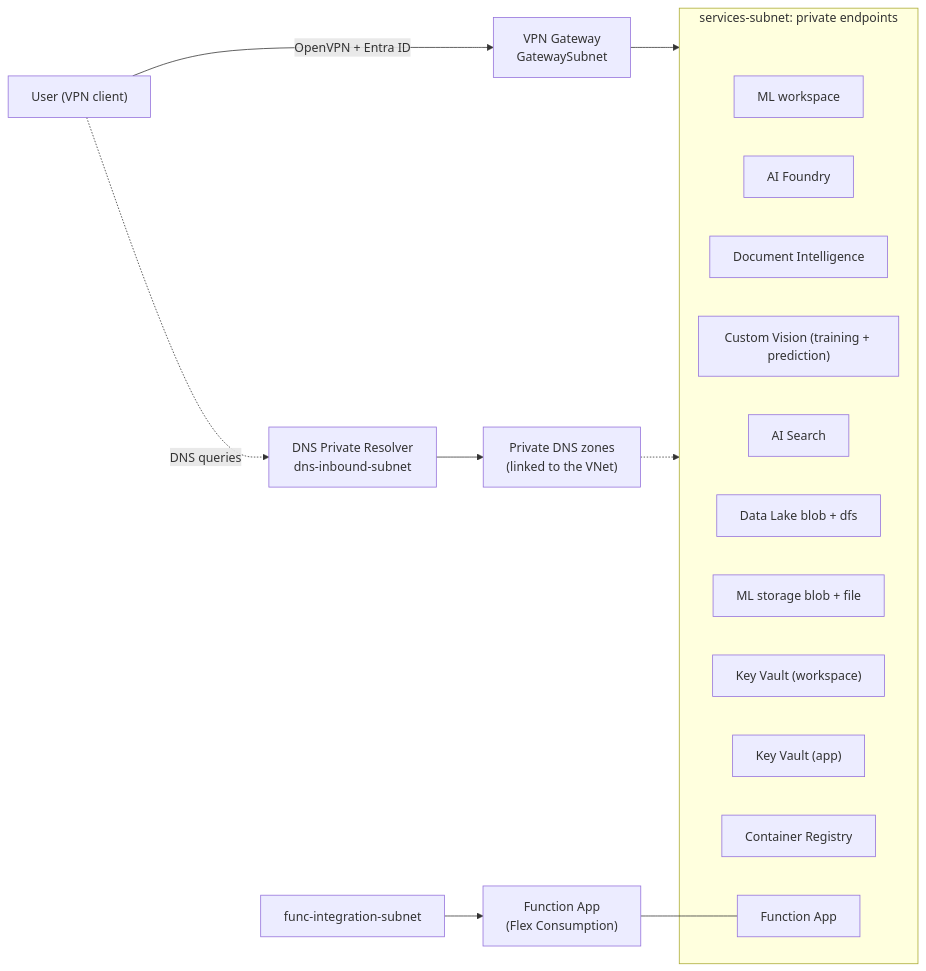
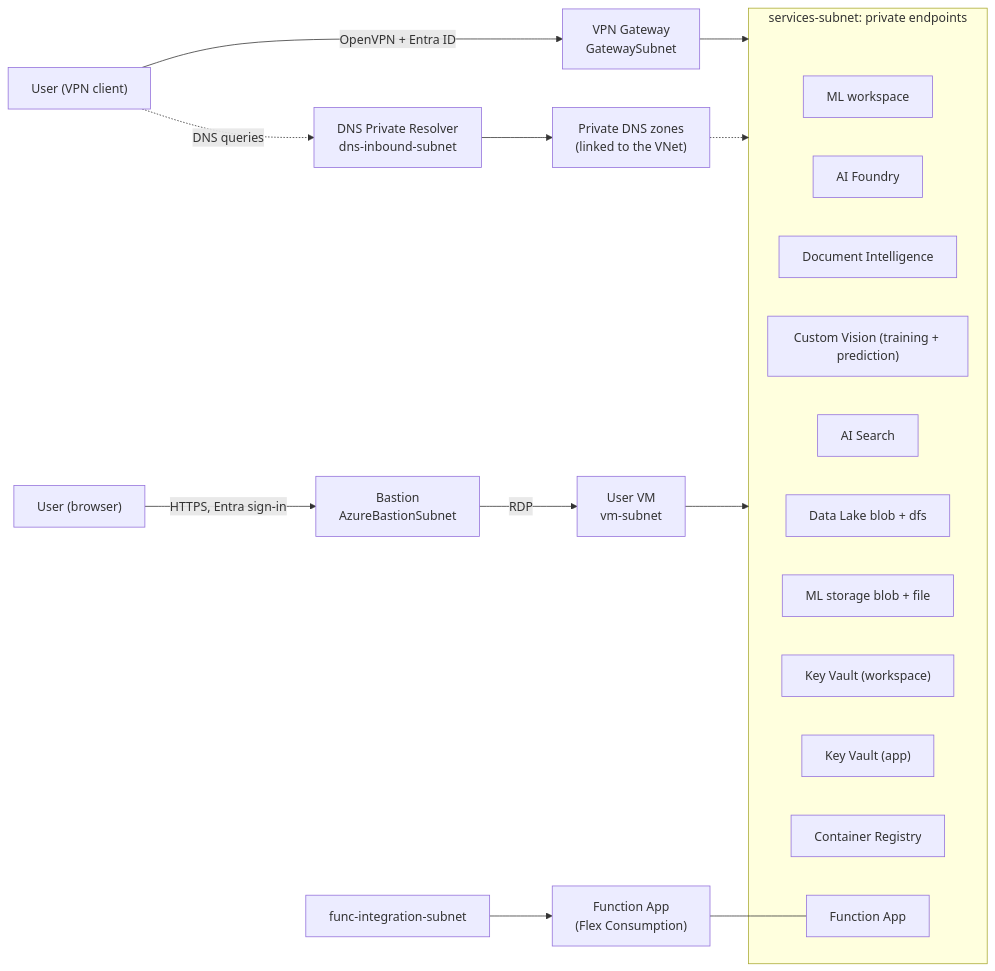
Before and after one commit to henrysrtaylor/azure-secure-ml-env: the diagram in docs/architecture.md, drawn with Mermaid. The commit also changed other lines of this file and 9 other files, not shown here.

````diff
--- a/docs/architecture.md
+++ b/docs/architecture.md
@@ -9,26 +9,30 @@
 ```mermaid
 flowchart LR
     User["User (VPN client)"] -->|"OpenVPN + Entra ID"| GW["VPN Gateway<br/>GatewaySubnet"]
     User -.->|"DNS queries"| Resolver["DNS Private Resolver<br/>dns-inbound-subnet"]
     Resolver --> Zones["Private DNS zones<br/>(linked to the VNet)"]
 
     subgraph PE["services-subnet: private endpoints"]
         peAml["ML workspace"]
         peAis["AI Foundry"]
         peDoc["Document Intelligence"]
         peCv["Custom Vision (training + prediction)"]
         peSearch["AI Search"]
         peLake["Data Lake blob + dfs"]
         peMlSt["ML storage blob + file"]
         peKv["Key Vault (workspace)"]
         peKvApp["Key Vault (app)"]
         peAcr["Container Registry"]
         peFn["Function App"]
     end
 
     GW --> PE
     Zones -.-> PE
 
+    Browser["User (browser)"] -->|"HTTPS, Entra sign-in"| Bas["Bastion<br/>AzureBastionSubnet"]
+    Bas -->|"RDP"| Vm["User VM<br/>vm-subnet"]
+    Vm --> PE
+
     FnSubnet["func-integration-subnet"] --> Fn["Function App<br/>(Flex Consumption)"]
     Fn --- peFn
 ```
````
